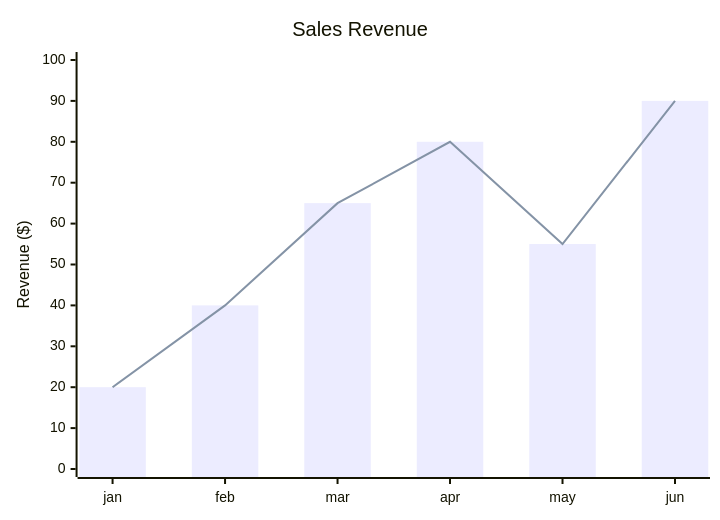
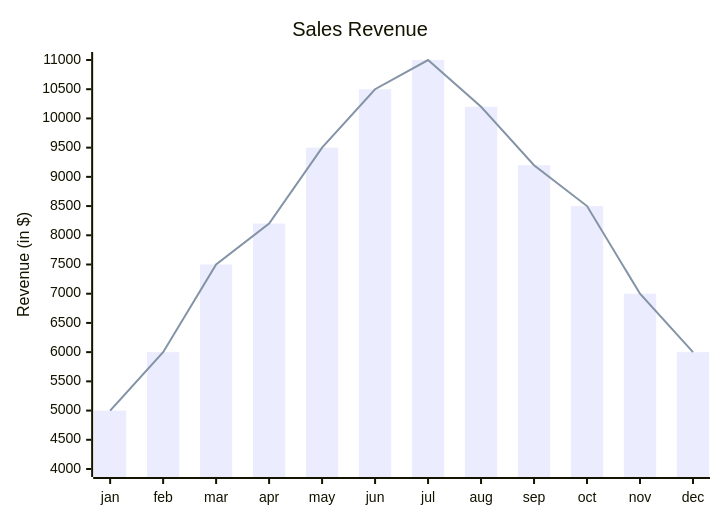
Diagram 13 of 25 in .agents/skills/mermaid-11-14-0/references/06-other-diagrams.md (tangledgroup/tangled-skills), drawn with Mermaid before and after one commit. The commit also changed other lines of this file and 15 other files, not shown here.

First line of the commit message:
chore: regenerate mermaid skill and create rsync 3.4.1 skill with full documentation

````diff
--- a/.agents/skills/mermaid-11-14-0/references/06-other-diagrams.md
+++ b/.agents/skills/mermaid-11-14-0/references/06-other-diagrams.md
@@ -138,8 +219,8 @@
 ```mermaid
-xychart-beta
+xychart
     title "Sales Revenue"
-    x-axis [jan, feb, mar, apr, may, jun]
-    y-axis "Revenue ($)" 0 --> 100
-    bar [20, 40, 65, 80, 55, 90]
-    line [20, 40, 65, 80, 55, 90]
+    x-axis [jan, feb, mar, apr, may, jun, jul, aug, sep, oct, nov, dec]
+    y-axis "Revenue (in $)" 4000 --> 11000
+    bar [5000, 6000, 7500, 8200, 9500, 10500, 11000, 10200, 9200, 8500, 7000, 6000]
+    line [5000, 6000, 7500, 8200, 9500, 10500, 11000, 10200, 9200, 8500, 7000, 6000]
 ```
````
